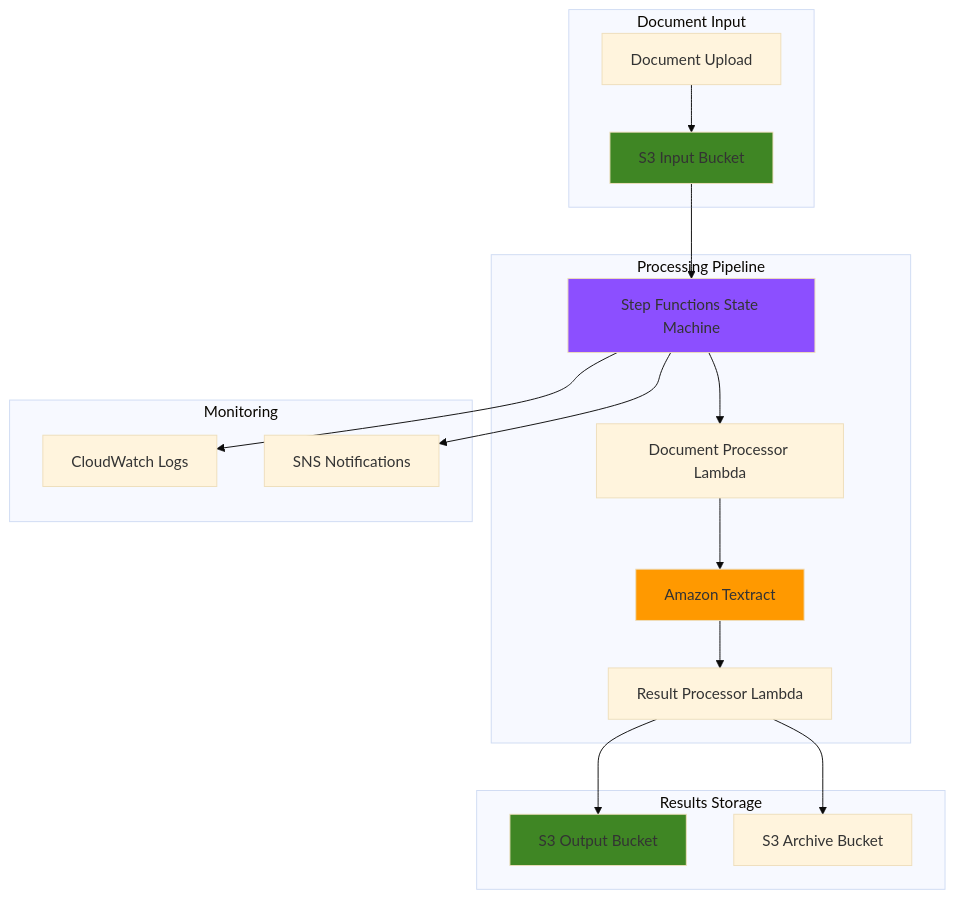
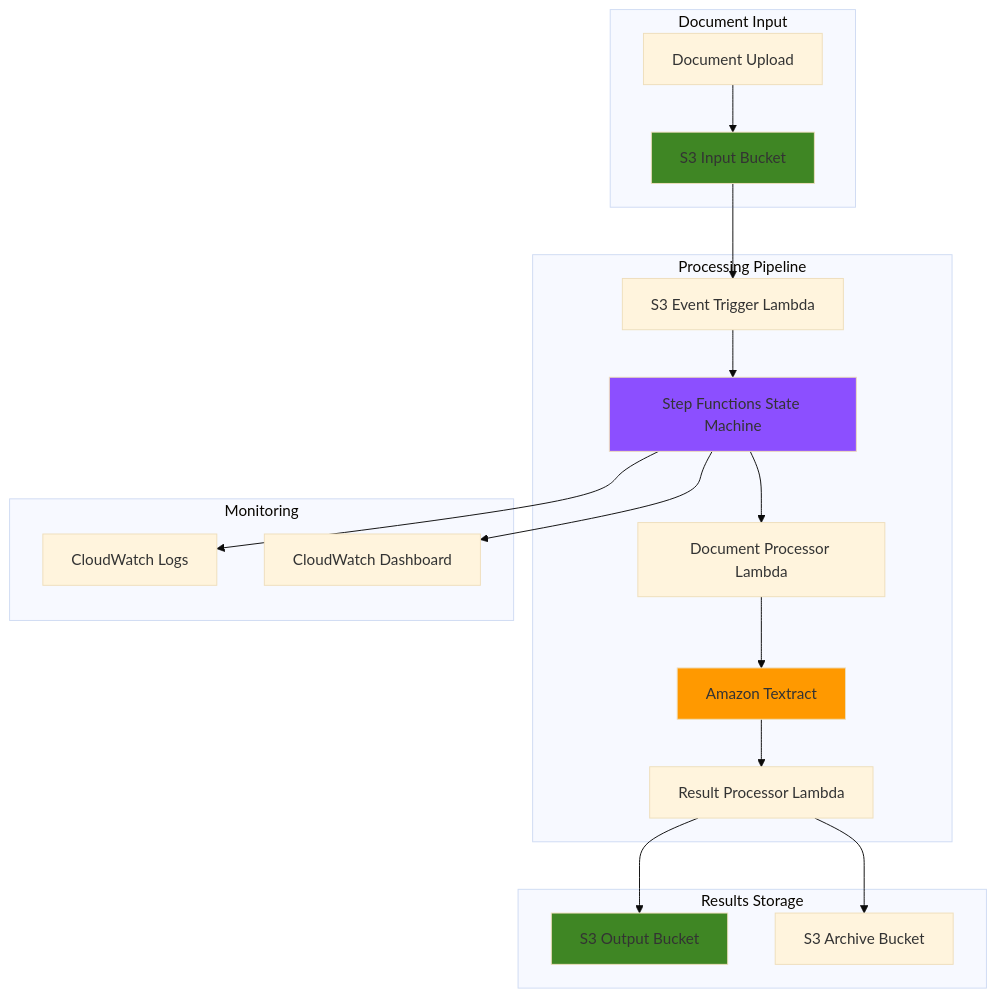
Before and after one commit to mzazon/awesome-cloud-projects: the diagram in aws/document-processing-textract-stepfunctions/document-processing-textract-stepfunctions.md, drawn with Mermaid (base theme). The commit also changed other lines of this file and 5581 other files, not shown here.

````diff
--- a/aws/document-processing-textract-stepfunctions/document-processing-textract-stepfunctions.md
+++ b/aws/document-processing-textract-stepfunctions/document-processing-textract-stepfunctions.md
@@ -30,39 +30,41 @@
 ```mermaid
 graph TB
     subgraph "Document Input"
         USER[Document Upload]
         S3_INPUT[S3 Input Bucket]
     end
     
     subgraph "Processing Pipeline"
         SF[Step Functions State Machine]
         LAMBDA_TRIGGER[Document Processor Lambda]
         TEXTRACT[Amazon Textract]
         LAMBDA_PROCESS[Result Processor Lambda]
+        S3_TRIGGER[S3 Event Trigger Lambda]
     end
     
     subgraph "Results Storage"
         S3_OUTPUT[S3 Output Bucket]
         S3_ARCHIVE[S3 Archive Bucket]
     end
     
     subgraph "Monitoring"
         CW[CloudWatch Logs]
-        SNS[SNS Notifications]
+        DASHBOARD[CloudWatch Dashboard]
     end
     
     USER --> S3_INPUT
-    S3_INPUT --> SF
+    S3_INPUT --> S3_TRIGGER
+    S3_TRIGGER --> SF
     SF --> LAMBDA_TRIGGER
     LAMBDA_TRIGGER --> TEXTRACT
     TEXTRACT --> LAMBDA_PROCESS
     LAMBDA_PROCESS --> S3_OUTPUT
     LAMBDA_PROCESS --> S3_ARCHIVE
-    SF --> SNS
     SF --> CW
+    SF --> DASHBOARD
     
     style TEXTRACT fill:#FF9900
     style SF fill:#8C4FFF
     style S3_INPUT fill:#3F8624
     style S3_OUTPUT fill:#3F8624
 ```
````
